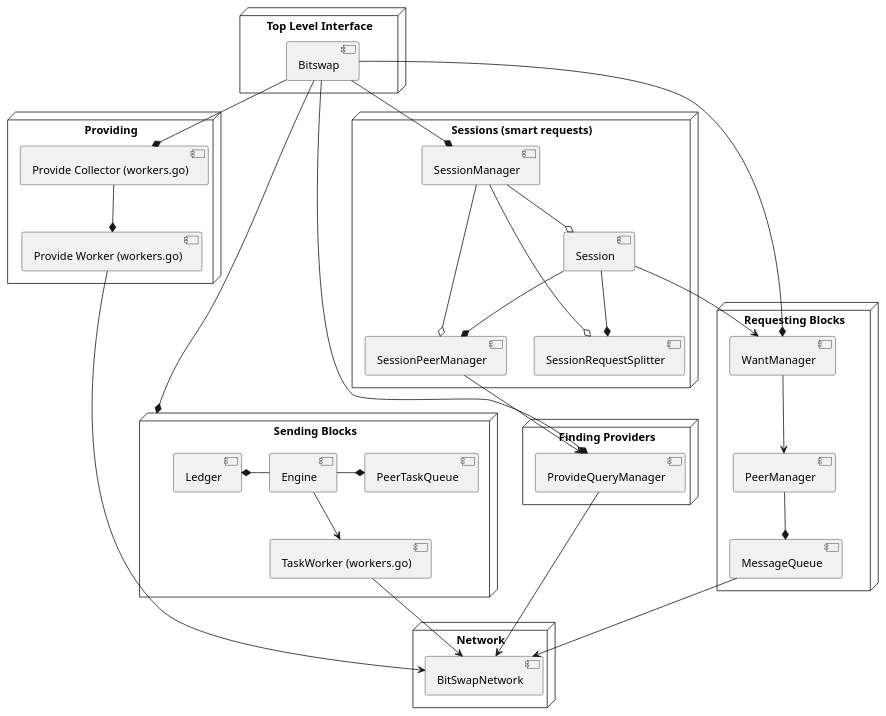
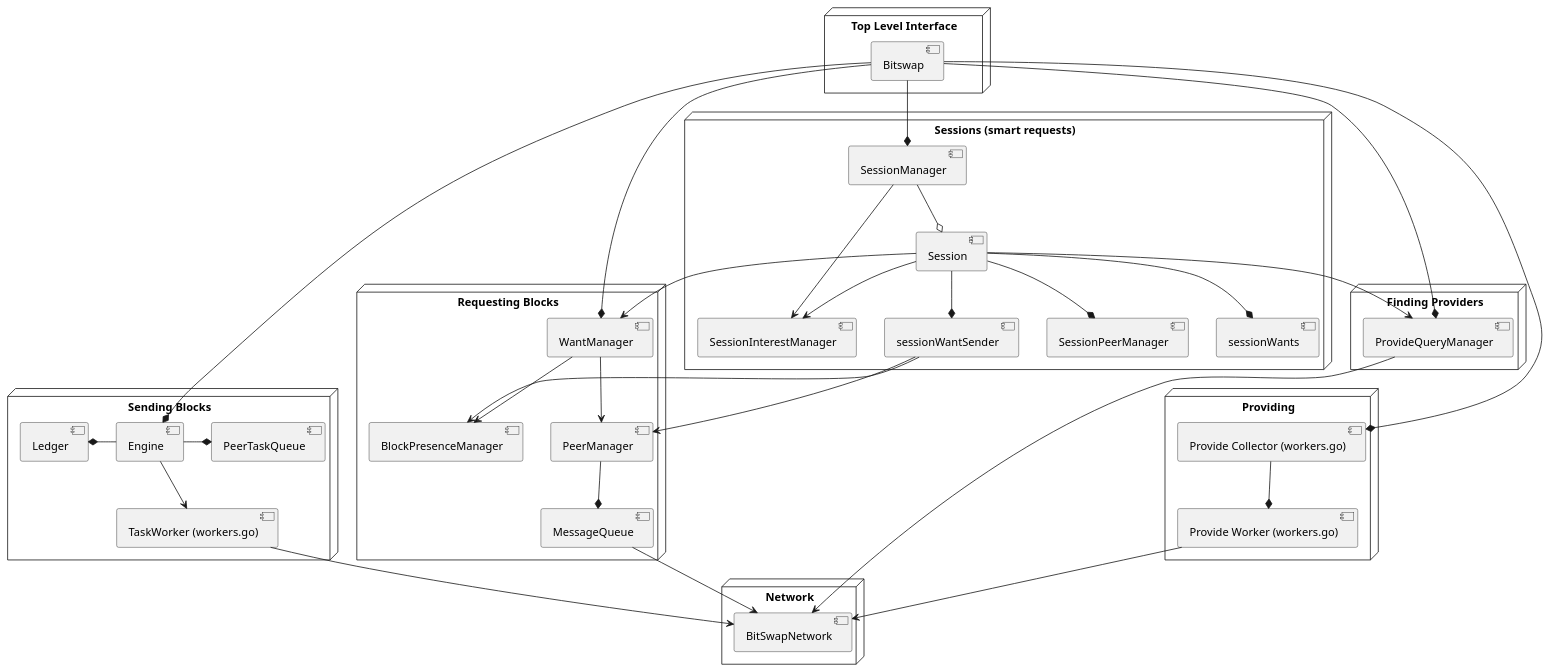
Before and after one commit to ipfs/go-bitswap: the diagram in docs/go-bitswap.puml, drawn with PlantUML. The commit also changed 2 other files, not shown here.

Commit message:
feat: update architecture diagram and add implementation description

```diff
--- a/docs/go-bitswap.puml
+++ b/docs/go-bitswap.puml
@@ -1,46 +1,51 @@
 @startuml Bitswap Components
 
 node "Top Level Interface" {
   [Bitswap]
 }
-node "Sending Blocks" {
-  
+
+node "Sending Blocks" {  
+  [Bitswap] --* [Engine]
   [Engine] -left-* [Ledger]
   [Engine] -right-* [PeerTaskQueue]
   [Engine] --> [TaskWorker (workers.go)]
 }
-[Bitswap] --* "Sending Blocks"
+
 node "Requesting Blocks" {
   [Bitswap] --* [WantManager]
+  [WantManager] --> [BlockPresenceManager]
   [WantManager] --> [PeerManager]
   [PeerManager] --* [MessageQueue]
 }
 
 node "Providing" {
   [Bitswap] --* [Provide Collector (workers.go)]
   [Provide Collector (workers.go)] --* [Provide Worker (workers.go)]
 }
 
 node "Finding Providers" {
   [Bitswap] --* [ProvideQueryManager]
 }
 
 node "Sessions (smart requests)" {
   [Bitswap] --* [SessionManager]
+  [SessionManager] --> [SessionInterestManager]
   [SessionManager] --o [Session]
-  [SessionManager] --o [SessionPeerManager]
-  [SessionManager] --o [SessionRequestSplitter]
+  [Session] --* [sessionWantSender]
   [Session] --* [SessionPeerManager]
-  [Session] --* [SessionRequestSplitter]
   [Session] --> [WantManager]
-  [SessionPeerManager] --> [ProvideQueryManager]
+  [Session] --> [ProvideQueryManager]
+  [Session] --* [sessionWants]
+  [Session] --> [SessionInterestManager]
+  [sessionWantSender] --> [BlockPresenceManager]
+  [sessionWantSender] --> [PeerManager]
 }
 
 node "Network" {
   [BitSwapNetwork]
   [MessageQueue] --> [BitSwapNetwork]
   [ProvideQueryManager] --> [BitSwapNetwork]
   [TaskWorker (workers.go)] --> [BitSwapNetwork]
   [Provide Worker (workers.go)] --> [BitSwapNetwork]
 }
 @enduml
```
